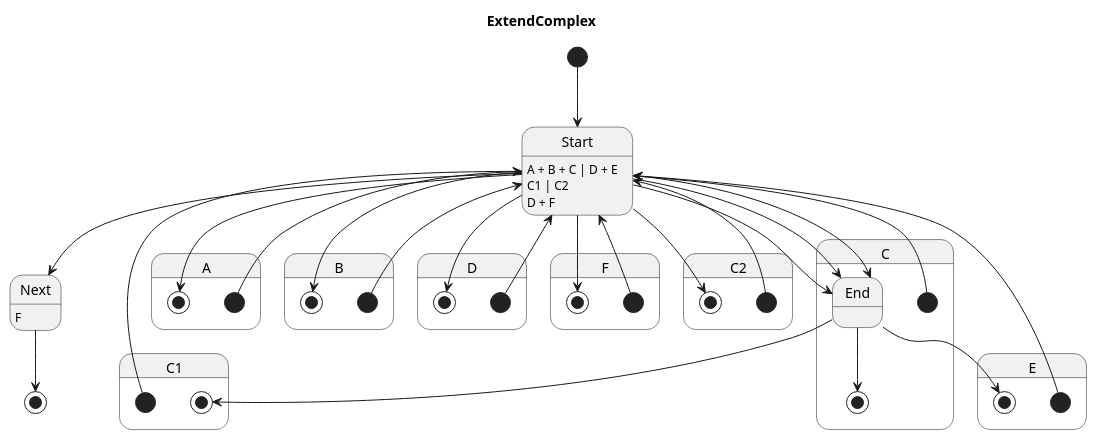
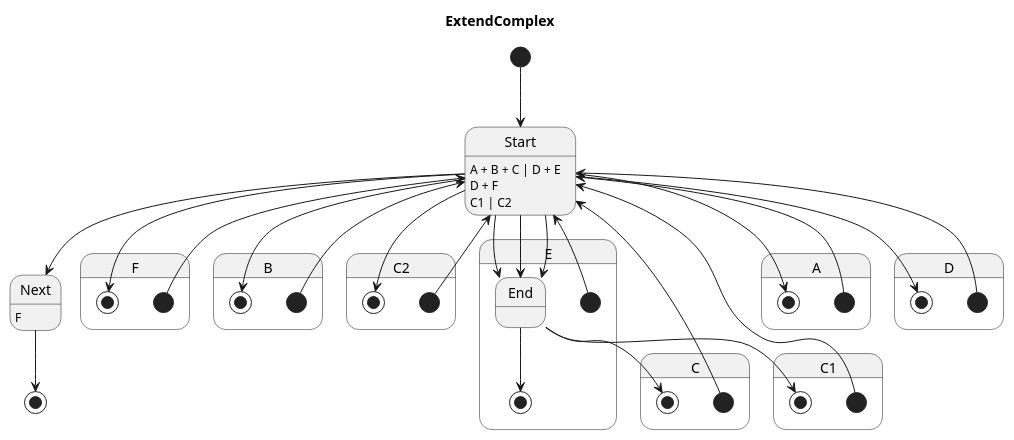
Before and after one commit to Pastor/Takt: the diagram in examples/generated/plantuml/extend_complex.puml, drawn with PlantUML. The commit also changed other lines of this file and 7 other files, not shown here.

```diff
--- a/examples/generated/plantuml/extend_complex.puml
+++ b/examples/generated/plantuml/extend_complex.puml
@@ -1,55 +1,55 @@
 @startuml
 title ExtendComplex
 
 [*] --> Start
+Start : A + B + C | D + E
+Start --> Next
 Next : F
 Next --> [*]
-Start : A + B + C | D + E
-Start --> Next
 
-state C {
-    [*] --> Start
-    Start : C1 | C2
-    Start --> End
-    End --> [*]
-}
-
-state A {
+state F {
     [*] --> Start
     Start --> [*]
 }
 
-state C1 {
-    [*] --> Start
-    End --> [*]
-    Start --> End
-}
-
 state B {
-    [*] --> Start
-    Start --> [*]
-}
-
-state D {
-    [*] --> Start
-    Start --> [*]
-}
-
-state F {
     [*] --> Start
     Start --> [*]
 }
 
 state C2 {
     [*] --> Start
     Start --> [*]
 }
 
 state E {
     [*] --> Start
+    End --> [*]
     Start : D + F
+    Start --> End
+}
+
+state A {
+    [*] --> Start
+    Start --> [*]
+}
+
+state C {
+    [*] --> Start
+    End --> [*]
+    Start : C1 | C2
+    Start --> End
+}
+
+state C1 {
+    [*] --> Start
     Start --> End
     End --> [*]
 }
 
+state D {
+    [*] --> Start
+    Start --> [*]
+}
+
 @enduml
```
